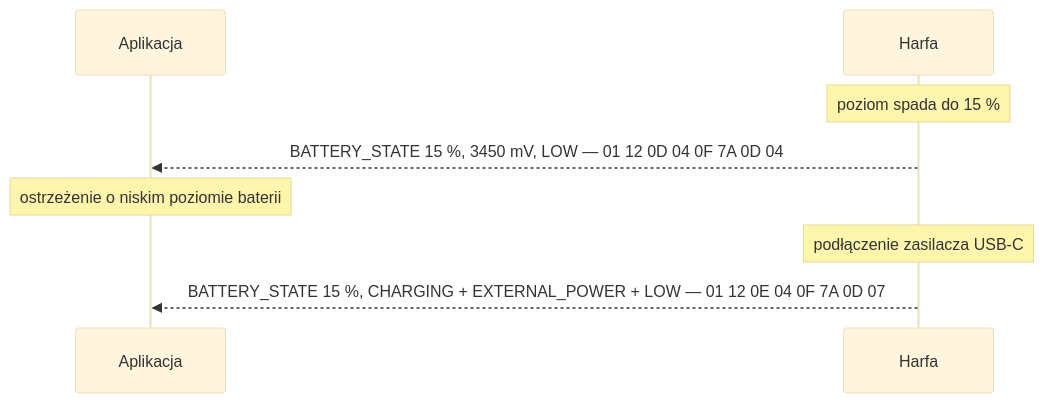
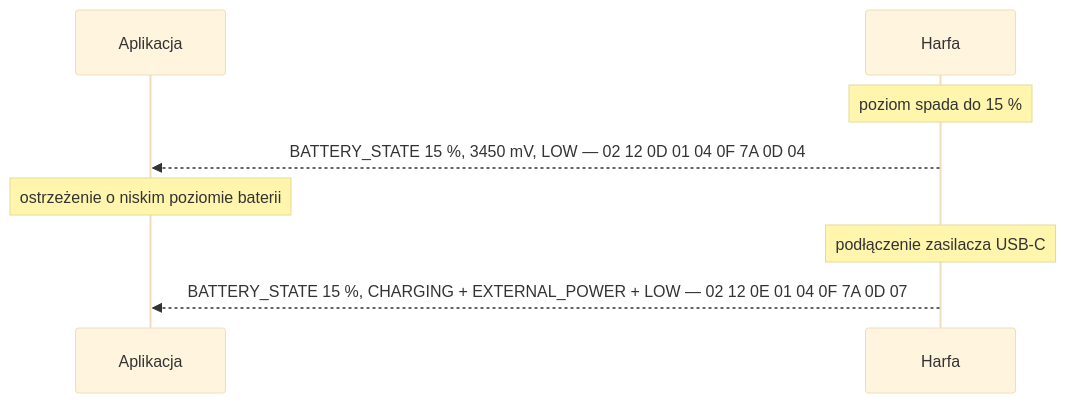
One commit to emnealyn/HARFA changed the seventh of 9 diagrams in docs/protocol/ble-protocol.md. Above: the diagram before and after it, drawn with Mermaid (base theme). The commit also changed other lines of this file and 3 other files, not shown here.

````diff
--- a/docs/protocol/ble-protocol.md
+++ b/docs/protocol/ble-protocol.md
@@ -477,10 +517,10 @@
 ```mermaid
 sequenceDiagram
     participant A as Aplikacja
     participant H as Harfa
     Note over H: poziom spada do 15 %
-    H-->>A: BATTERY_STATE 15 %, 3450 mV, LOW — 01 12 0D 04 0F 7A 0D 04
+    H-->>A: BATTERY_STATE 15 %, 3450 mV, LOW — 02 12 0D 01 04 0F 7A 0D 04
     Note over A: ostrzeżenie o niskim poziomie baterii
     Note over H: podłączenie zasilacza USB-C
-    H-->>A: BATTERY_STATE 15 %, CHARGING + EXTERNAL_POWER + LOW — 01 12 0E 04 0F 7A 0D 07
+    H-->>A: BATTERY_STATE 15 %, CHARGING + EXTERNAL_POWER + LOW — 02 12 0E 01 04 0F 7A 0D 07
 ```
````
